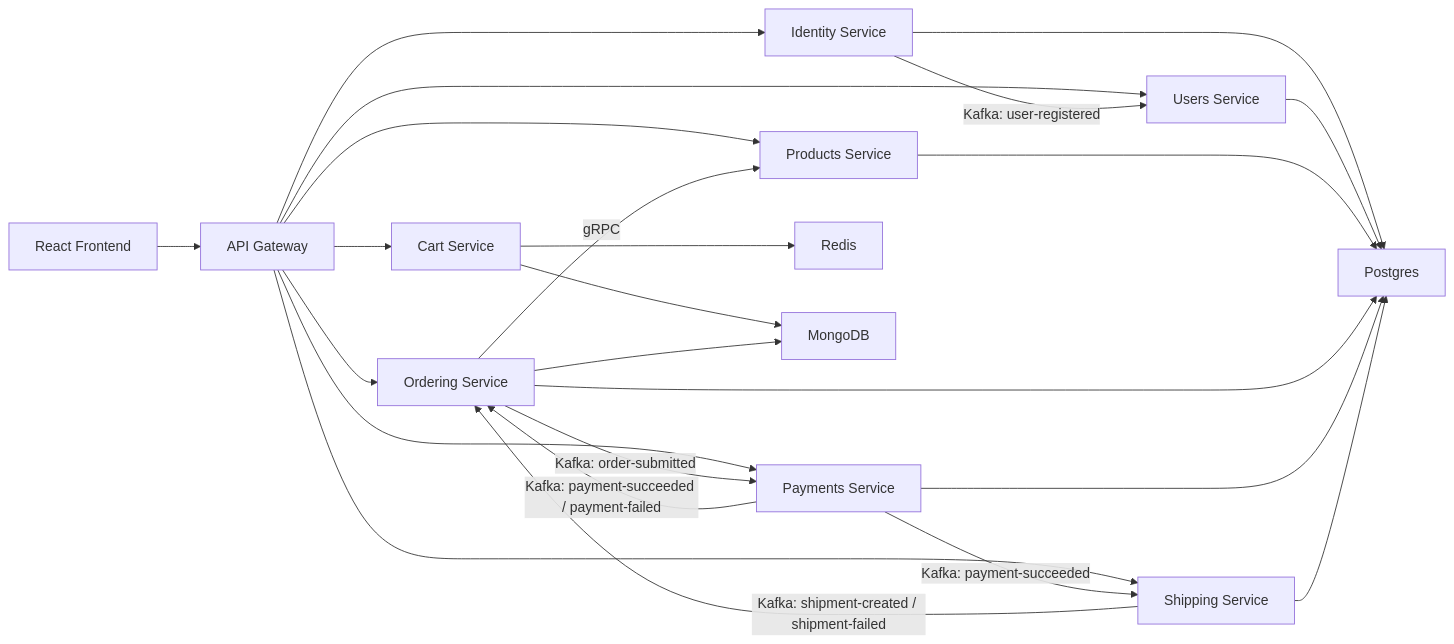
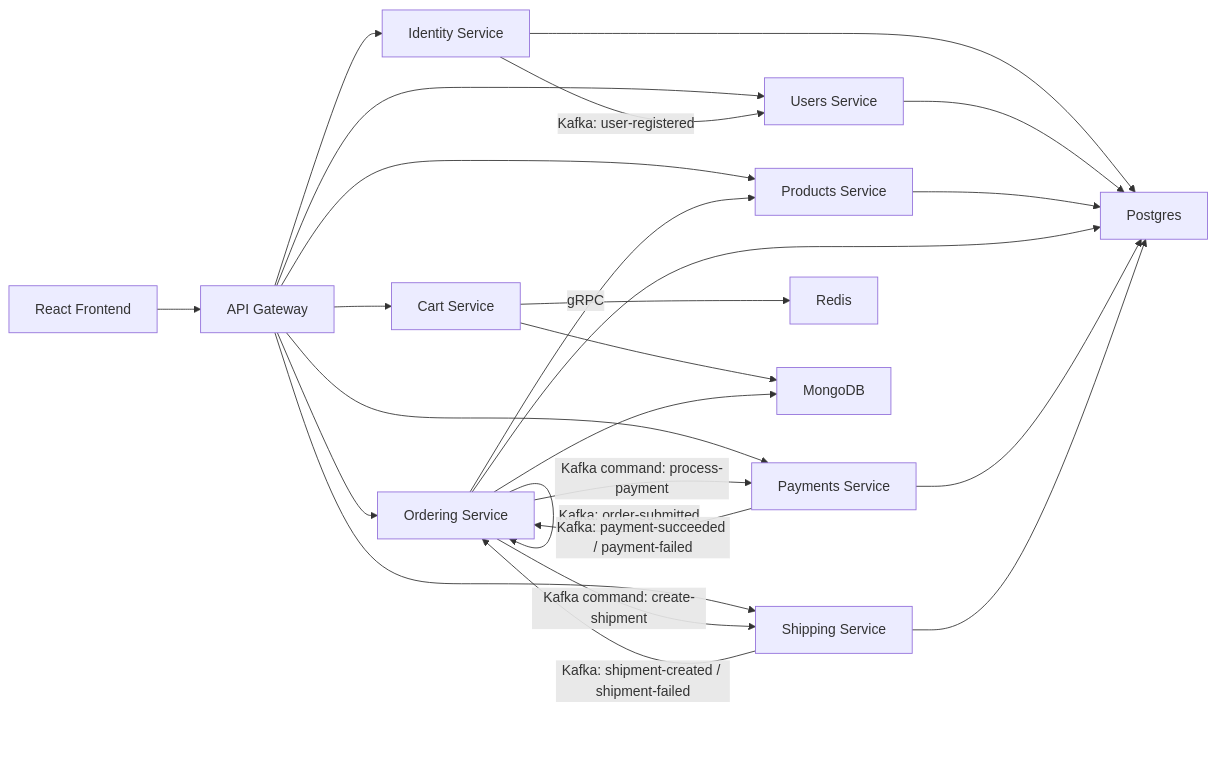
One commit to raees21/MicroCommerce changed the diagram in README.md. Above: the diagram before and after it, drawn with Mermaid. The commit also changed other lines of this file and 14 other files, not shown here.

````diff
--- a/README.md
+++ b/README.md
@@ -47,30 +47,31 @@
 ```mermaid
 flowchart LR
     FE["React Frontend"] --> GW["API Gateway"]
     GW --> ID["Identity Service"]
     GW --> USR["Users Service"]
     GW --> PRD["Products Service"]
     GW --> CRT["Cart Service"]
     GW --> ORD["Ordering Service"]
     GW --> PAY["Payments Service"]
     GW --> SHP["Shipping Service"]
 
     ORD -->|gRPC| PRD
 
     ID -->|Kafka: user-registered| USR
-    ORD -->|Kafka: order-submitted| PAY
+    ORD -->|Kafka: order-submitted| ORD
+    ORD -->|Kafka command: process-payment| PAY
     PAY -->|Kafka: payment-succeeded / payment-failed| ORD
-    PAY -->|Kafka: payment-succeeded| SHP
+    ORD -->|Kafka command: create-shipment| SHP
     SHP -->|Kafka: shipment-created / shipment-failed| ORD
 
     ID --> PSQL["Postgres"]
     USR --> PSQL
     PRD --> PSQL
     ORD --> PSQL
     PAY --> PSQL
     SHP --> PSQL
 
     CRT --> REDIS["Redis"]
     CRT --> MONGO["MongoDB"]
     ORD --> MONGO
 ```
````
